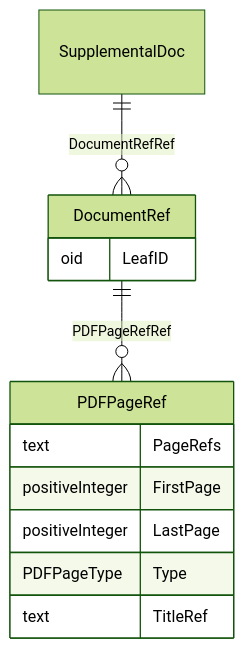
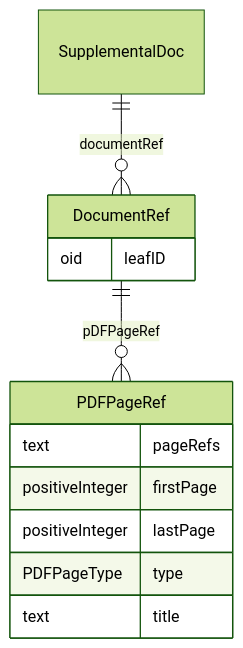
The diagram in docs/SupplementalDoc.md (cdisc-org/DataExchange-ODM-LinkML), drawn with Mermaid (forest theme) before and after one commit. The commit also changed other lines of this file and 759 other files, not shown here.

````diff
--- a/docs/SupplementalDoc.md
+++ b/docs/SupplementalDoc.md
@@ -11,20 +11,20 @@
 ```mermaid
 erDiagram
 SupplementalDoc {
 
 }
 DocumentRef {
-    oid LeafID  
+    oid leafID  
 }
 PDFPageRef {
-    text PageRefs  
-    positiveInteger FirstPage  
-    positiveInteger LastPage  
-    PDFPageType Type  
-    text TitleRef  
+    text pageRefs  
+    positiveInteger firstPage  
+    positiveInteger lastPage  
+    PDFPageType type  
+    text title  
 }
 
-SupplementalDoc ||--}o DocumentRef : "DocumentRefRef"
-DocumentRef ||--}o PDFPageRef : "PDFPageRefRef"
+SupplementalDoc ||--}o DocumentRef : "documentRef"
+DocumentRef ||--}o PDFPageRef : "pDFPageRef"
 
 ```
````
